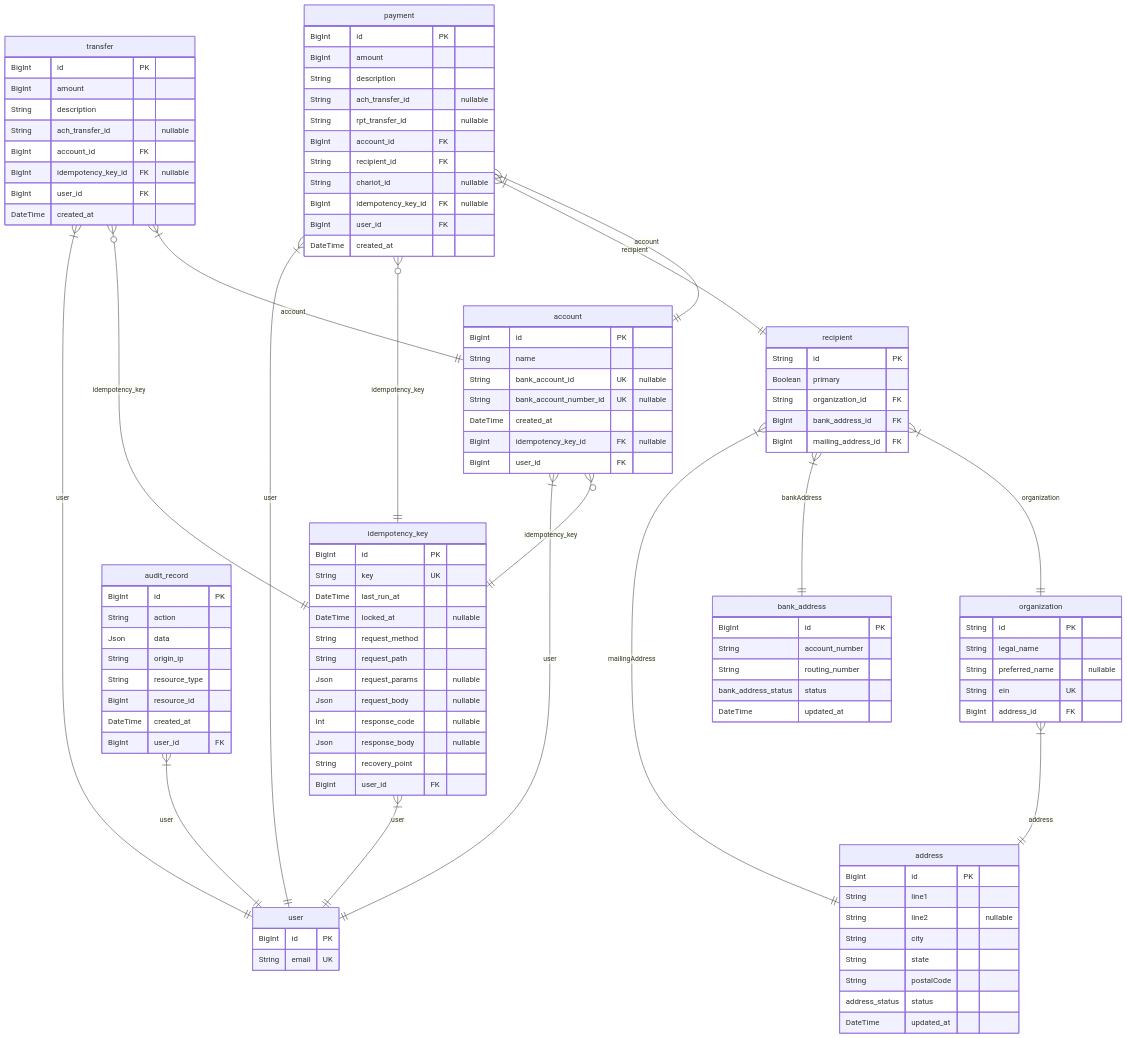
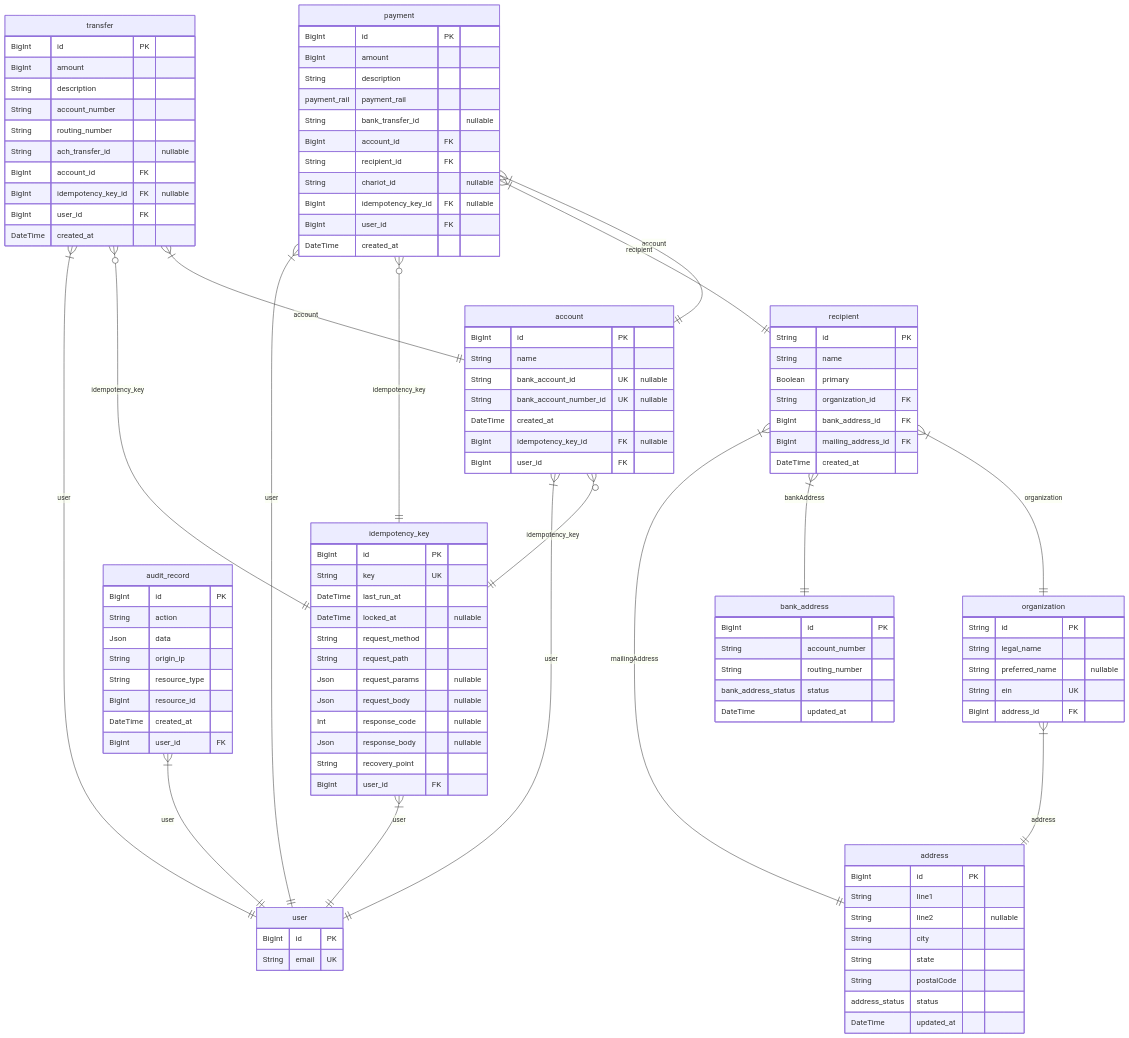
Before and after one commit to chariot-giving/agapay: the diagram in prisma/ERD.md, drawn with Mermaid. The commit also changed other lines of this file and 14 other files, not shown here.

```diff
--- a/prisma/ERD.md
+++ b/prisma/ERD.md
@@ -52,17 +52,19 @@
 }
 "recipient" {
     String id PK
+    String name
     Boolean primary
     String organization_id FK
     BigInt bank_address_id FK
     BigInt mailing_address_id FK
+    DateTime created_at
 }
 "payment" {
     BigInt id PK
     BigInt amount
     String description
-    String ach_transfer_id "nullable"
-    String rpt_transfer_id "nullable"
+    payment_rail payment_rail
+    String bank_transfer_id "nullable"
     BigInt account_id FK
     String recipient_id FK
     String chariot_id "nullable"
@@ -74,6 +76,8 @@
     BigInt id PK
     BigInt amount
     String description
+    String account_number
+    String routing_number
     String ach_transfer_id "nullable"
     BigInt account_id FK
     BigInt idempotency_key_id FK "nullable"
```
